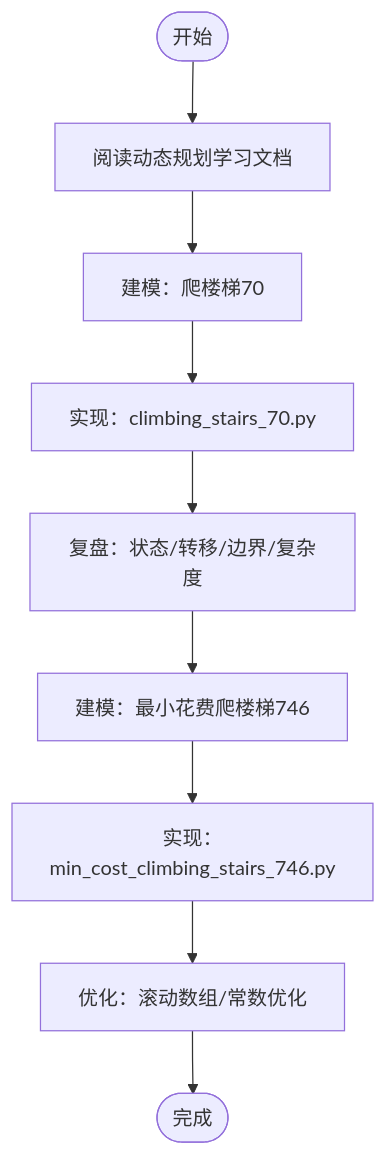
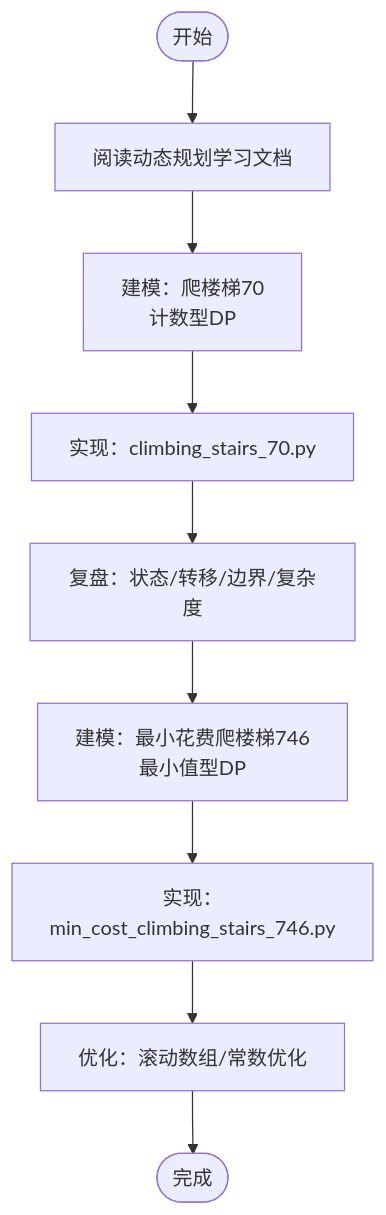
One commit to jameingh/x-leetcode changed the second of 4 diagrams in .qoder/repowiki/zh/content/学习路径指南/第三阶段：高级算法学习指南/动态规划学习指南.md. Above: the diagram before and after it, drawn with Mermaid. The commit also changed other lines of this file and 33 other files, not shown here.

````diff
--- a/.qoder/repowiki/zh/content/学习路径指南/第三阶段：高级算法学习指南/动态规划学习指南.md
+++ b/.qoder/repowiki/zh/content/学习路径指南/第三阶段：高级算法学习指南/动态规划学习指南.md
@@ -71,11 +72,11 @@
 ```mermaid
 flowchart TD
 Start(["开始"]) --> ReadDoc["阅读动态规划学习文档"]
-ReadDoc --> Model70["建模：爬楼梯70"]
+ReadDoc --> Model70["建模：爬楼梯70<br/>计数型DP"]
 Model70 --> Impl70["实现：climbing_stairs_70.py"]
 Impl70 --> Review70["复盘：状态/转移/边界/复杂度"]
-Review70 --> Model746["建模：最小花费爬楼梯746"]
+Review70 --> Model746["建模：最小花费爬楼梯746<br/>最小值型DP"]
 Model746 --> Impl746["实现：min_cost_climbing_stairs_746.py"]
 Impl746 --> Optimize["优化：滚动数组/常数优化"]
 Optimize --> End(["完成"])
 ```
````
